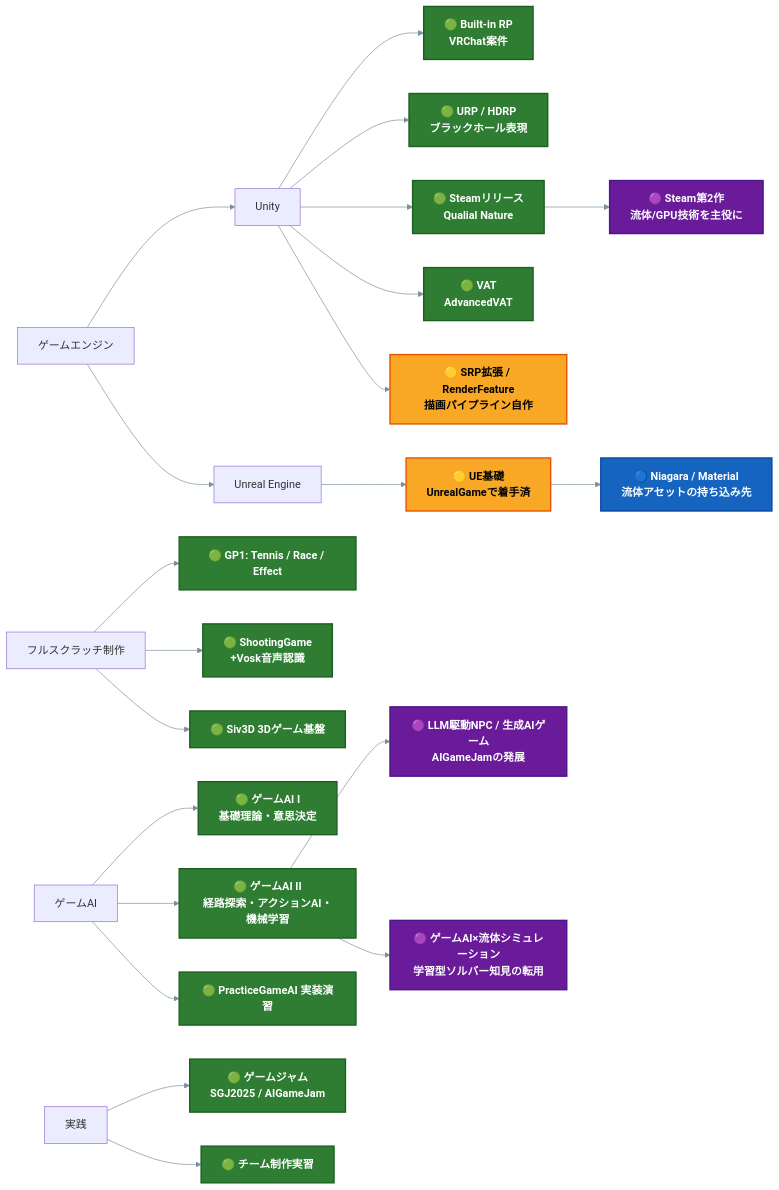
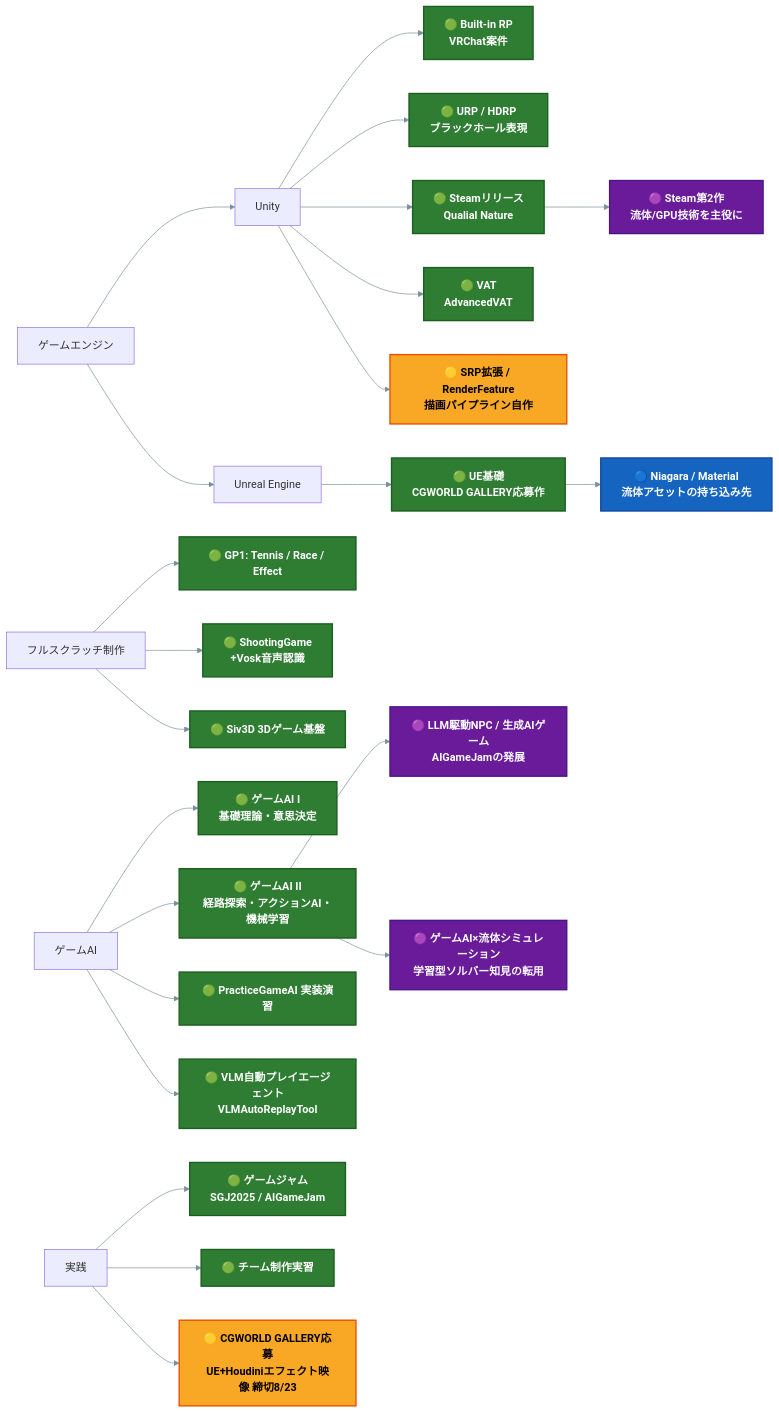
One commit to manato1201/manato1201 changed the sixth of 15 diagrams in README.md. Above: the diagram before and after it, drawn with Mermaid. The commit also changed other lines of this file, not shown here.

Commit message:
Update README with new projects and timeline adjustments

````diff
--- a/README.md
+++ b/README.md
@@ -233,32 +249,34 @@
 ```mermaid
 %%{init: {'themeVariables': {'primaryColor':'#37474f','primaryTextColor':'#ffffff','primaryBorderColor':'#263238','lineColor':'#78909c','fontSize':'16px'}}}%%
 flowchart LR
     ENG[ゲームエンジン] --> U[Unity]
     U --> U1[🟢 Built-in RP<br>VRChat案件]:::done
     U --> U2[🟢 URP / HDRP<br>ブラックホール表現]:::done
     U --> U3[🟢 Steamリリース<br>Qualial Nature]:::done
     U --> U4[🟢 VAT<br>AdvancedVAT]:::done
     U --> U5[🟡 SRP拡張 / RenderFeature<br>描画パイプライン自作]:::review
     ENG --> UE[Unreal Engine]
-    UE --> UE1[🟡 UE基礎<br>UnrealGameで着手済]:::review
+    UE --> UE1[🟢 UE基礎<br>CGWORLD GALLERY応募作]:::done
     UE1 --> UE2[🔵 Niagara / Material<br>流体アセットの持ち込み先]:::next
 
     FS[フルスクラッチ制作] --> F1[🟢 GP1: Tennis / Race / Effect]:::done
     FS --> F2[🟢 ShootingGame<br>+Vosk音声認識]:::done
     FS --> F3[🟢 Siv3D 3Dゲーム基盤]:::done
 
     GAI[ゲームAI] --> GA1[🟢 ゲームAI I<br>基礎理論・意思決定]:::done
     GAI --> GA2[🟢 ゲームAI II<br>経路探索・アクションAI・機械学習]:::done
     GAI --> GA3[🟢 PracticeGameAI 実装演習]:::done
+    GAI --> GA6[🟢 VLM自動プレイエージェント<br>VLMAutoReplayTool]:::done
     GA2 --> GA4[🟣 LLM駆動NPC / 生成AIゲーム<br>AIGameJamの発展]:::adv
     GA2 --> GA5[🟣 ゲームAI×流体シミュレーション<br>学習型ソルバー知見の転用]:::adv
 
     JAM[実践] --> J1[🟢 ゲームジャム<br>SGJ2025 / AIGameJam]:::done
     JAM --> J2[🟢 チーム制作実習]:::done
-    U3 --> J3[🟣 Steam第2作<br>流体/GPU技術を主役に]:::adv
+    JAM --> J3[🟡 CGWORLD GALLERY応募<br>UE+Houdiniエフェクト映像 締切8/23]:::review
+    U3 --> J4[🟣 Steam第2作<br>流体/GPU技術を主役に]:::adv
 
     classDef done fill:#2e7d32,stroke:#1b5e20,stroke-width:2px,color:#ffffff,font-weight:bold
     classDef review fill:#f9a825,stroke:#e65100,stroke-width:2px,color:#000000,font-weight:bold
     classDef next fill:#1565c0,stroke:#0d47a1,stroke-width:2px,color:#ffffff,font-weight:bold
     classDef adv fill:#6a1b9a,stroke:#4a148c,stroke-width:2px,color:#ffffff,font-weight:bold
 ```
````
